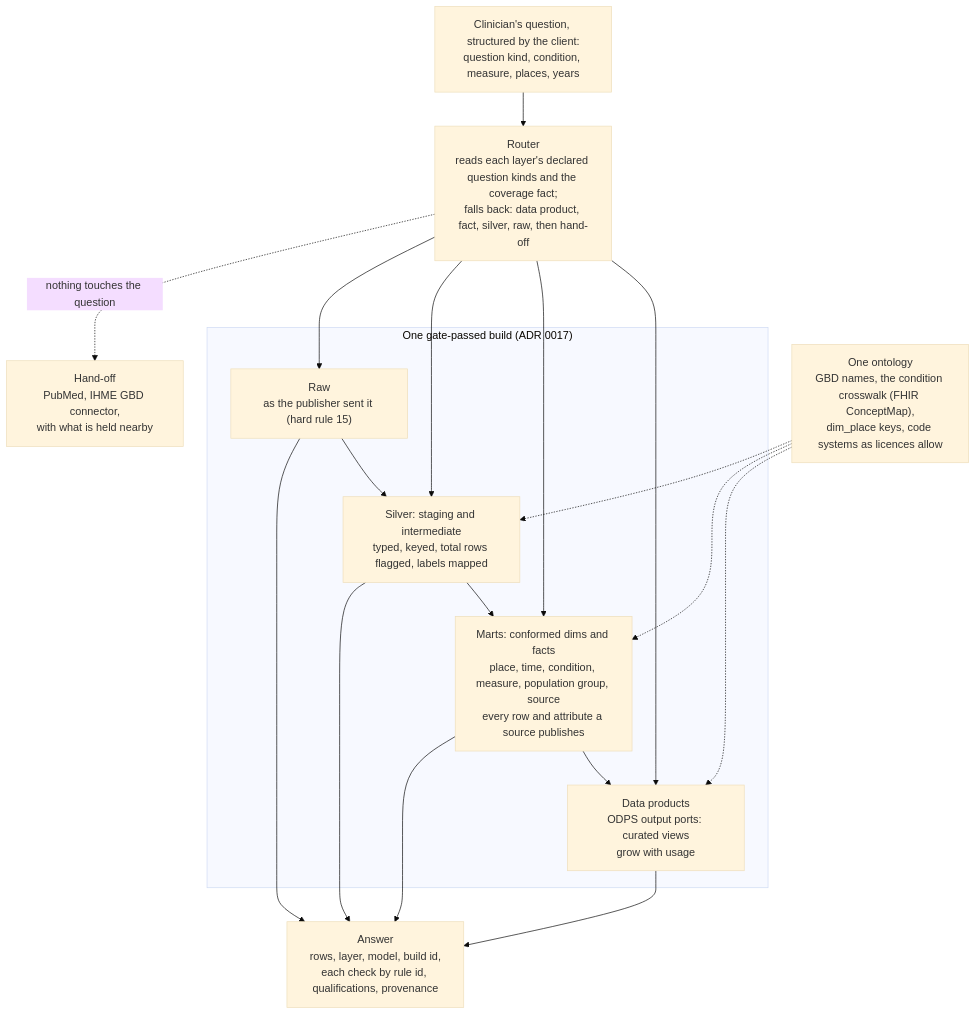
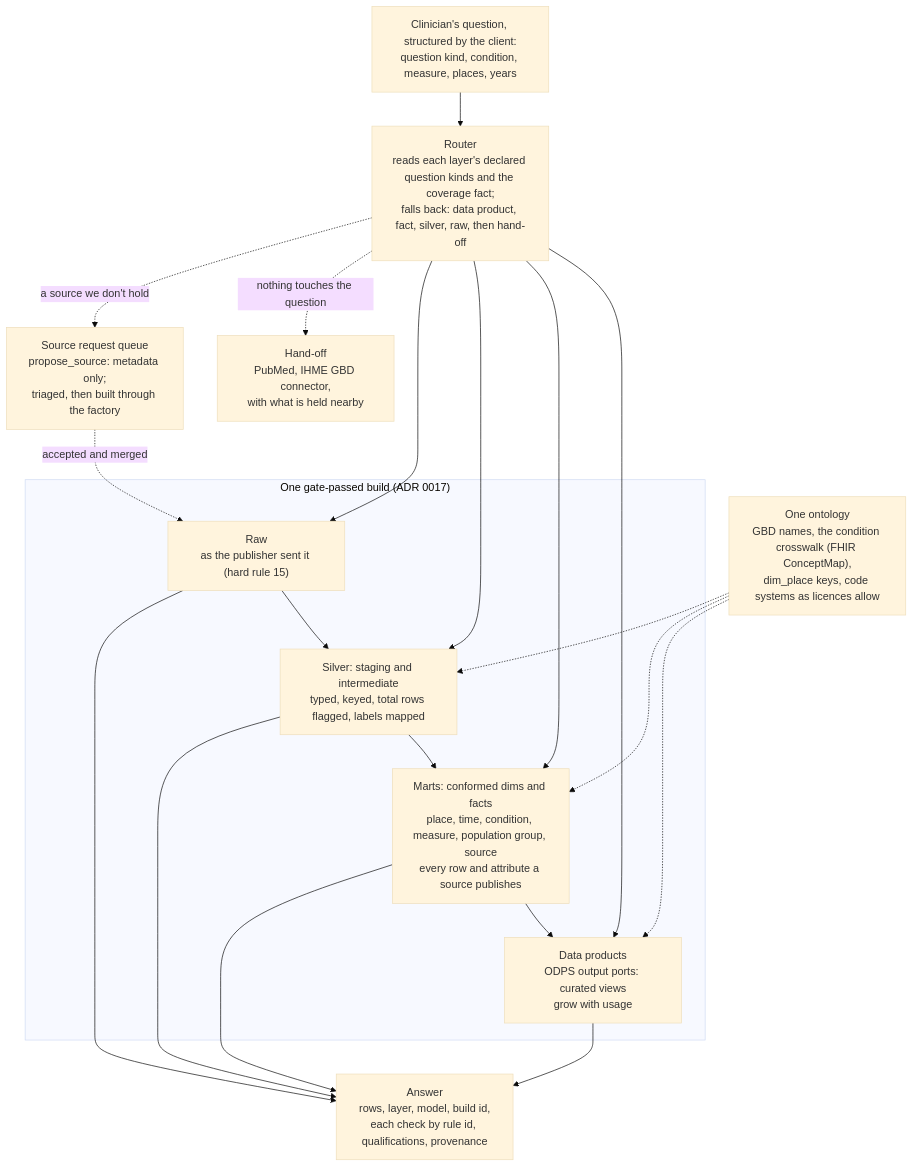
The diagram in docs/adr/0020-contracted-layers-ontology-router.md (jtouley/health-data-registry), drawn with Mermaid (base theme) before and after one commit. The commit also changed other lines of this file and 2 other files, not shown here.

````diff
--- a/docs/adr/0020-contracted-layers-ontology-router.md
+++ b/docs/adr/0020-contracted-layers-ontology-router.md
@@ -51,29 +51,32 @@
 ```mermaid
 flowchart TB
     q["Clinician's question, structured by the client:<br/>question kind, condition, measure, places, years"]
     router["Router<br/>reads each layer's declared question kinds and the coverage fact;<br/>falls back: data product, fact, silver, raw, then hand-off"]
     handoff["Hand-off<br/>PubMed, IHME GBD connector,<br/>with what is held nearby"]
     subgraph build["One gate-passed build (ADR 0017)"]
         products["Data products<br/>ODPS output ports: curated views<br/>grow with usage"]
         marts["Marts: conformed dims and facts<br/>place, time, condition, measure, population group, source<br/>every row and attribute a source publishes"]
         silver["Silver: staging and intermediate<br/>typed, keyed, total rows flagged, labels mapped"]
         raw["Raw<br/>as the publisher sent it (hard rule 15)"]
     end
     ontology["One ontology<br/>GBD names, the condition crosswalk (FHIR ConceptMap),<br/>dim_place keys, code systems as licences allow"]
     answer["Answer<br/>rows, layer, model, build id,<br/>each check by rule id, qualifications, provenance"]
 
     q --> router
     router --> products
     router --> marts
     router --> silver
     router --> raw
     router -.->|nothing touches the question| handoff
+    queue["Source request queue<br/>propose_source: metadata only;<br/>triaged, then built through the factory"]
+    router -.->|a source we don't hold| queue
+    queue -.->|accepted and merged| raw
     raw --> silver --> marts --> products
     ontology -.-> products
     ontology -.-> marts
     ontology -.-> silver
     products --> answer
     marts --> answer
     silver --> answer
     raw --> answer
 ```
````
